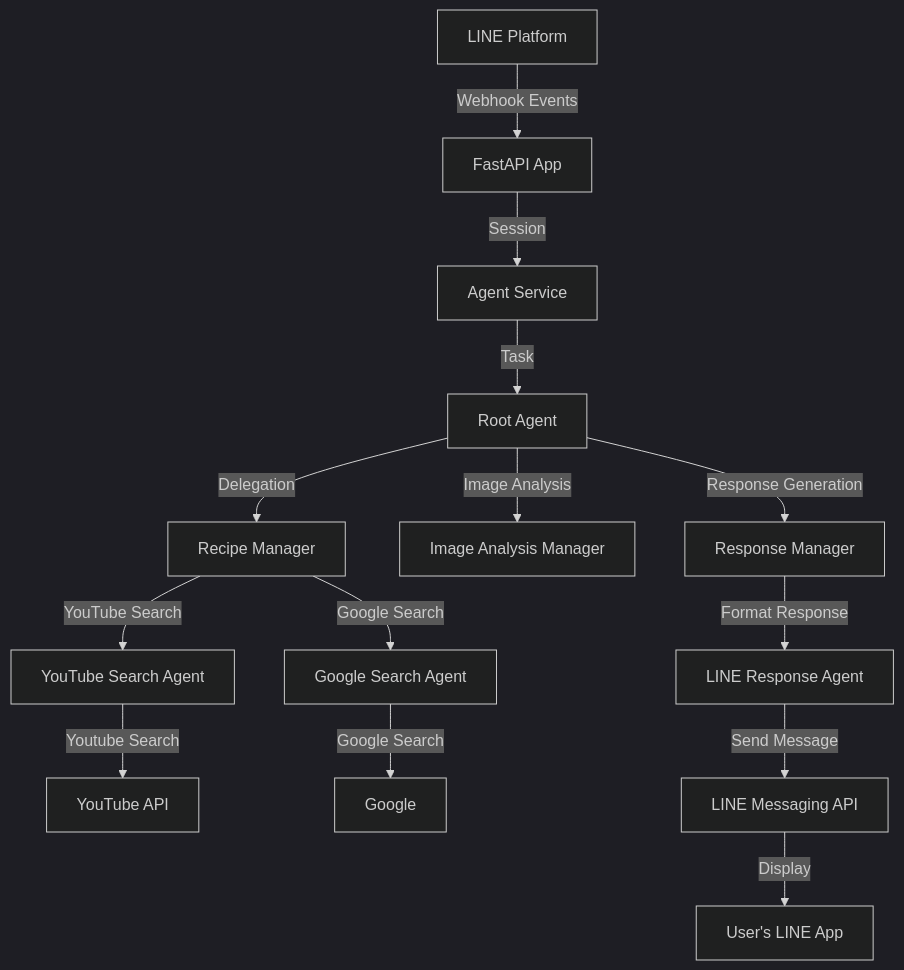
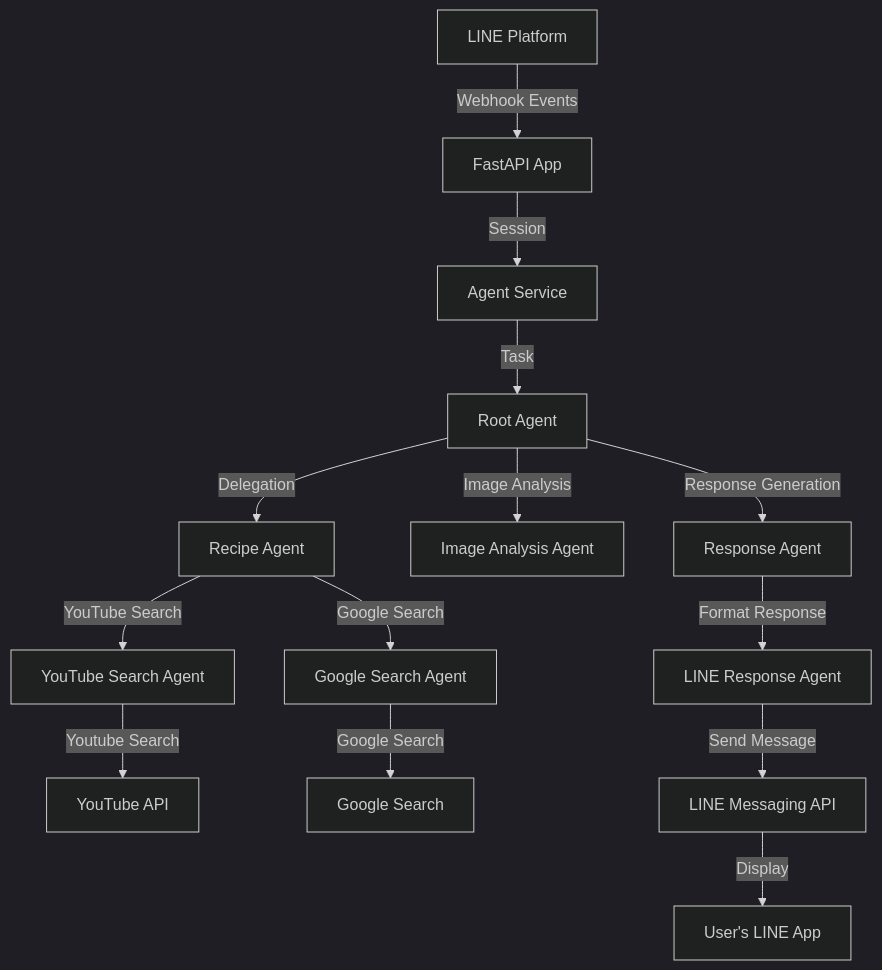
One commit to Antonnion/zenn-ai-hackathon changed the second of 2 diagrams in README.md. Above: the diagram before and after it, drawn with Mermaid (dark theme). The commit also changed other lines of this file and 1 other file, not shown here.

Commit message:
feat: シーケンス図を追加

````diff
--- a/README.md
+++ b/README.md
@@ -72,16 +72,16 @@
 ```mermaid
 graph TD
     A[LINE Platform] -->|Webhook Events| B[FastAPI App]
     B -->|Session| C[Agent Service]
     C -->|Task| D[Root Agent]
-    D -->|Delegation| E[Recipe Manager]
-    D -->|Image Analysis| F[Image Analysis Manager]
-    D -->|Response Generation| G[Response Manager]
+    D -->|Delegation| E[Recipe Agent]
+    D -->|Image Analysis| F[Image Analysis Agent]
+    D -->|Response Generation| G[Response Agent]
     E -->|YouTube Search| H[YouTube Search Agent]
     E -->|Google Search| I[Google Search Agent]
     G -->|Format Response| K[LINE Response Agent]
     H -->|Youtube Search| N[YouTube API]
-    I -->|Google Search| J[Google]
+    I -->|Google Search| J[Google Search]
     K -->|Send Message| L[LINE Messaging API]
     L -->|Display| M[User's LINE App]
 ```
````
